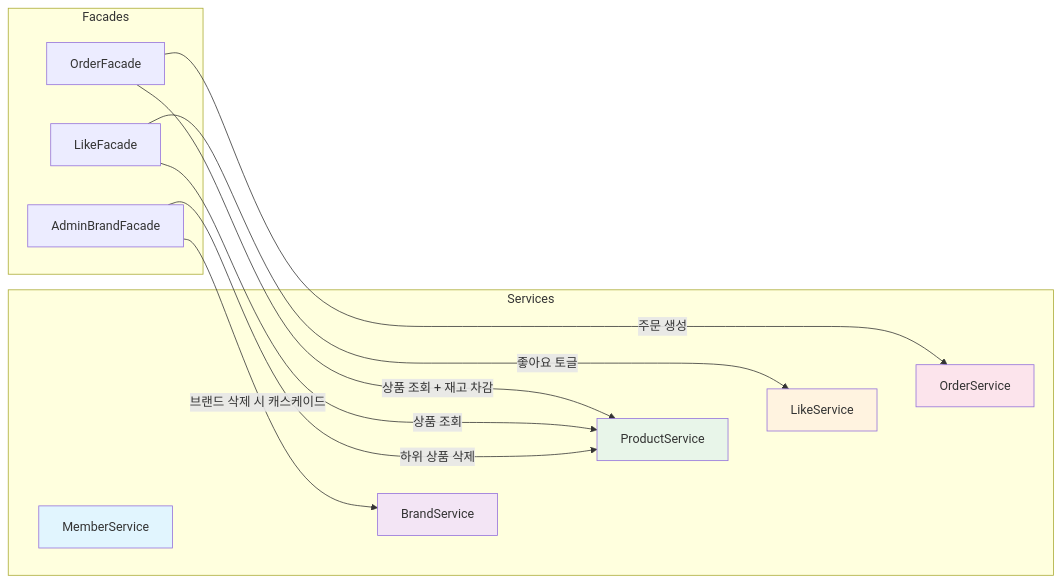
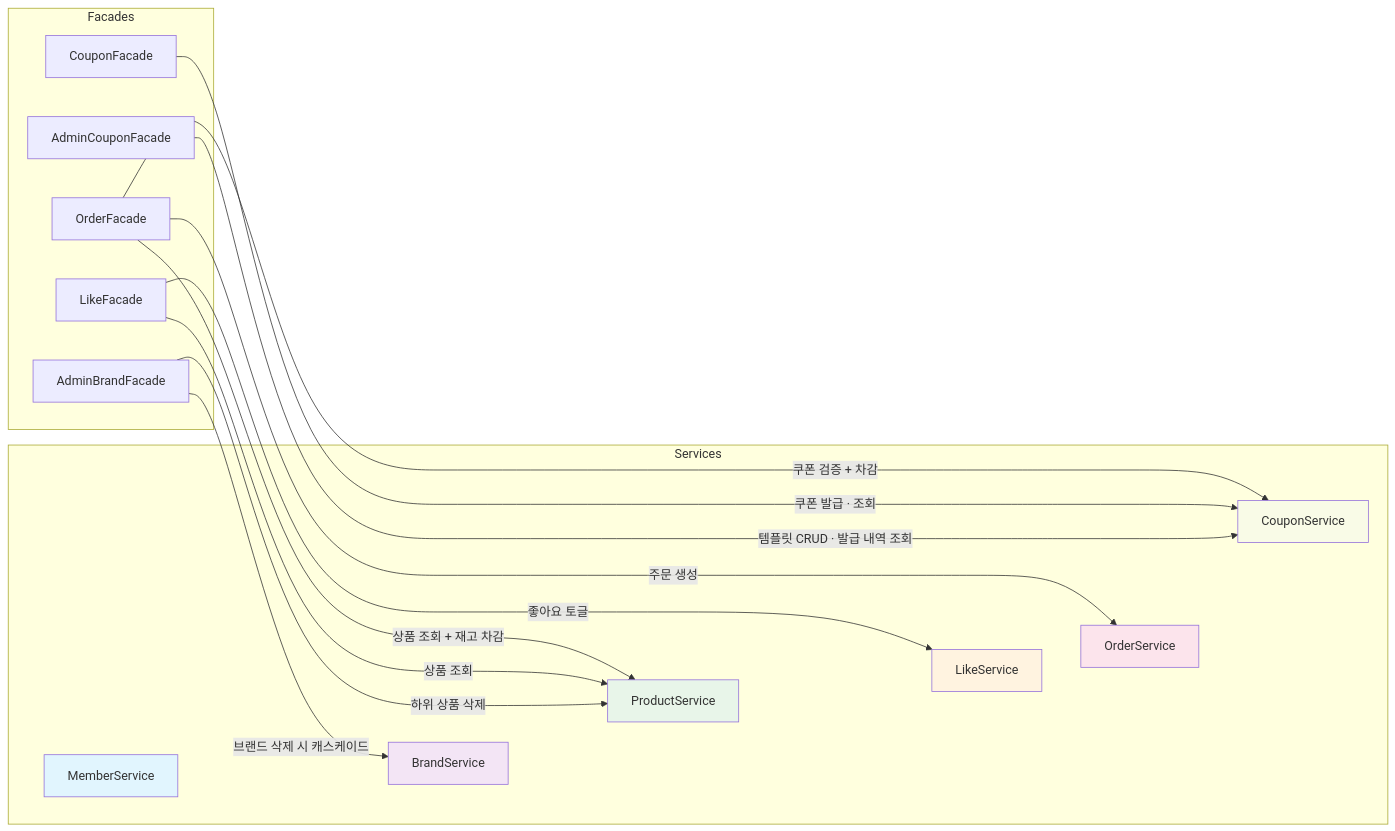
Before and after one commit to Loopers-dev-lab/loop-pack-be-l2-vol3-kotlin: the seventh of 8 diagrams in docs/design/05-architecture.md, drawn with Mermaid. The commit also changed other lines of this file and 5 other files, not shown here.

````diff
--- a/docs/design/05-architecture.md
+++ b/docs/design/05-architecture.md
@@ -498,34 +515,42 @@
 ```mermaid
 graph LR
     subgraph Facades
         OF["OrderFacade"]
         LF["LikeFacade"]
         ABF["AdminBrandFacade"]
+        CF["CouponFacade"]
+        ACF["AdminCouponFacade"]
     end
 
     subgraph Services
         MS["MemberService"]
         BS["BrandService"]
         PS["ProductService"]
         LS["LikeService"]
         OS["OrderService"]
+        CS["CouponService"]
     end
 
     OF -->|상품 조회 + 재고 차감| PS
     OF -->|주문 생성| OS
+    OF -->|쿠폰 검증 + 차감| CS
     LF -->|좋아요 토글| LS
     LF -->|상품 조회| PS
     ABF -->|브랜드 삭제 시 캐스케이드| BS
     ABF -->|하위 상품 삭제| PS
+    CF -->|쿠폰 발급 · 조회| CS
+    ACF -->|템플릿 CRUD · 발급 내역 조회| CS
 
     MS ~~~ BS
     BS ~~~ PS
     PS ~~~ LS
     LS ~~~ OS
+    OS ~~~ CS
 
     style MS fill:#e1f5fe
     style BS fill:#f3e5f5
     style PS fill:#e8f5e9
     style LS fill:#fff3e0
     style OS fill:#fce4ec
+    style CS fill:#f9fbe7
 ```
````
